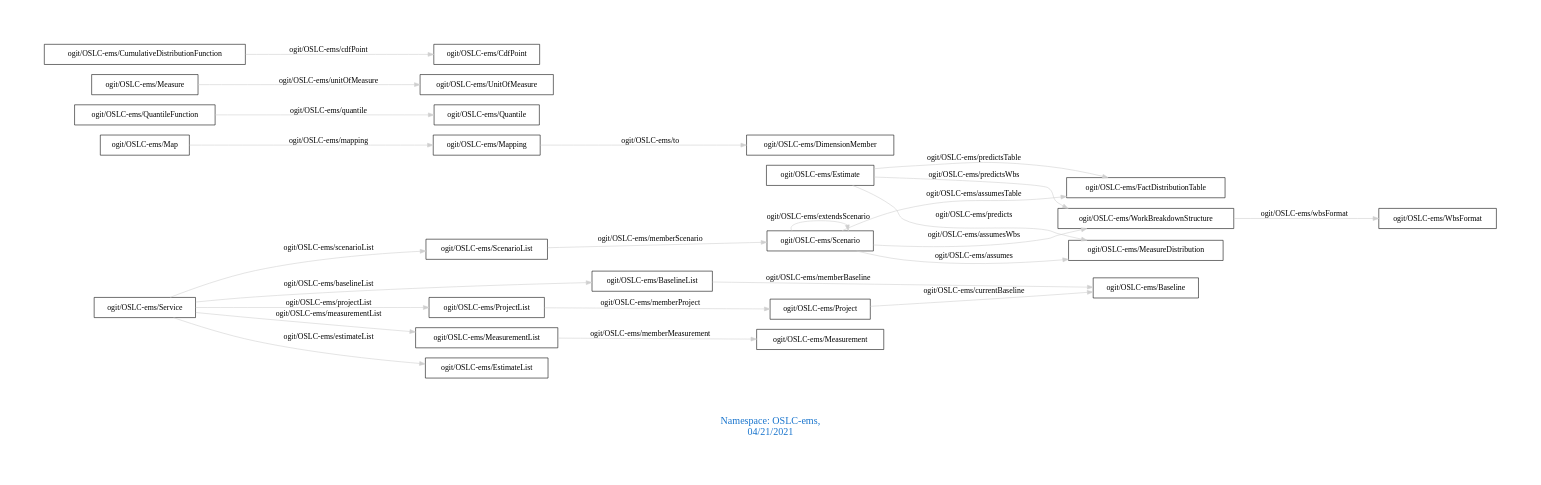
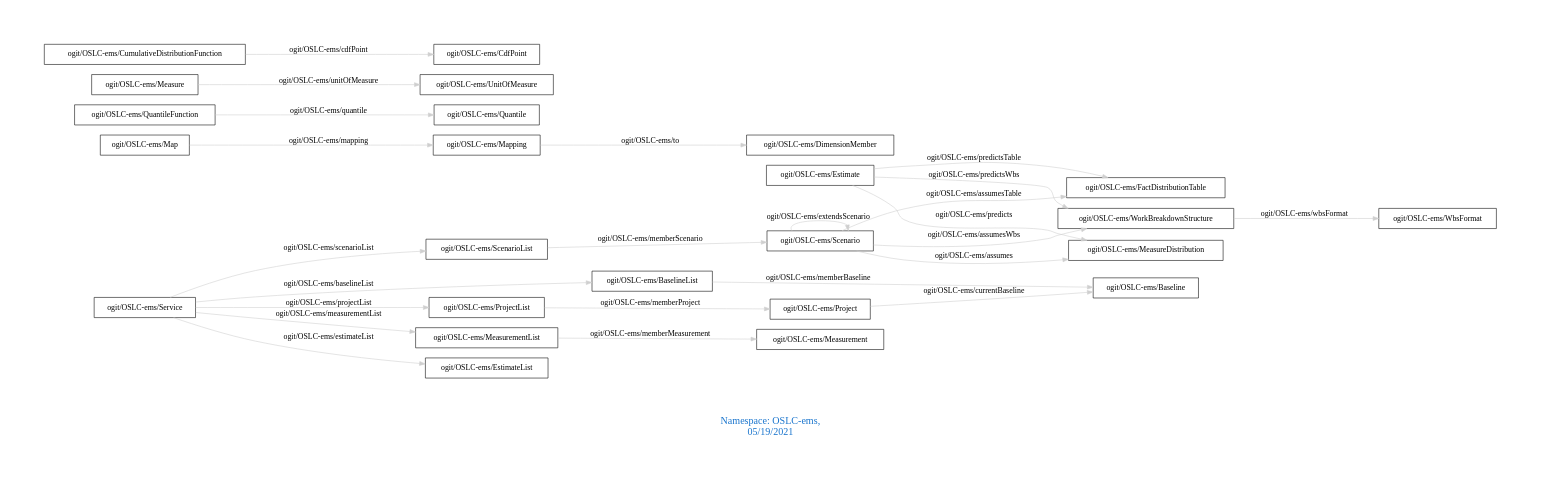
The diagram in downloads/OSLC-ems.dot (arago/OGIT), drawn with Graphviz before and after one commit. The commit also changed 1878 other files, not shown here.

```diff
--- a/downloads/OSLC-ems.dot
+++ b/downloads/OSLC-ems.dot
@@ -1,31 +1,31 @@
 digraph OGIT_ontology {
  graph [ rankdir= LR,pad=1 
 fontsize = 18,
-fontcolor= dodgerblue3,label = "\n\n\nNamespace: OSLC-ems, \n 04/21/2021"];
+fontcolor= dodgerblue3,label = "\n\n\nNamespace: OSLC-ems, \n 05/19/2021"];
 node[shape=polygon];
 edge [  color="gray81"];
 
    "ogit/OSLC-ems/Estimate" -> "ogit/OSLC-ems/MeasureDistribution" [label="   ogit/OSLC-ems/predicts    "];
    "ogit/OSLC-ems/Mapping" -> "ogit/OSLC-ems/DimensionMember" [label="   ogit/OSLC-ems/to    "];
    "ogit/OSLC-ems/Service" -> "ogit/OSLC-ems/ProjectList" [label="   ogit/OSLC-ems/projectList    "];
    "ogit/OSLC-ems/QuantileFunction" -> "ogit/OSLC-ems/Quantile" [label="   ogit/OSLC-ems/quantile    "];
    "ogit/OSLC-ems/Service" -> "ogit/OSLC-ems/ScenarioList" [label="   ogit/OSLC-ems/scenarioList    "];
    "ogit/OSLC-ems/Measure" -> "ogit/OSLC-ems/UnitOfMeasure" [label="   ogit/OSLC-ems/unitOfMeasure    "];
    "ogit/OSLC-ems/ScenarioList" -> "ogit/OSLC-ems/Scenario" [label="   ogit/OSLC-ems/memberScenario    "];
    "ogit/OSLC-ems/Estimate" -> "ogit/OSLC-ems/FactDistributionTable" [label="   ogit/OSLC-ems/predictsTable    "];
    "ogit/OSLC-ems/BaselineList" -> "ogit/OSLC-ems/Baseline" [label="   ogit/OSLC-ems/memberBaseline    "];
    "ogit/OSLC-ems/Scenario" -> "ogit/OSLC-ems/WorkBreakdownStructure" [label="   ogit/OSLC-ems/assumesWbs    "];
    "ogit/OSLC-ems/CumulativeDistributionFunction" -> "ogit/OSLC-ems/CdfPoint" [label="   ogit/OSLC-ems/cdfPoint    "];
    "ogit/OSLC-ems/Project" -> "ogit/OSLC-ems/Baseline" [label="   ogit/OSLC-ems/currentBaseline    "];
    "ogit/OSLC-ems/ProjectList" -> "ogit/OSLC-ems/Project" [label="   ogit/OSLC-ems/memberProject    "];
    "ogit/OSLC-ems/Service" -> "ogit/OSLC-ems/BaselineList" [label="   ogit/OSLC-ems/baselineList    "];
    "ogit/OSLC-ems/Estimate" -> "ogit/OSLC-ems/WorkBreakdownStructure" [label="   ogit/OSLC-ems/predictsWbs    "];
    "ogit/OSLC-ems/Map" -> "ogit/OSLC-ems/Mapping" [label="   ogit/OSLC-ems/mapping    "];
    "ogit/OSLC-ems/MeasurementList" -> "ogit/OSLC-ems/Measurement" [label="   ogit/OSLC-ems/memberMeasurement    "];
    "ogit/OSLC-ems/Service" -> "ogit/OSLC-ems/MeasurementList" [label="   ogit/OSLC-ems/measurementList    "];
    "ogit/OSLC-ems/WorkBreakdownStructure" -> "ogit/OSLC-ems/WbsFormat" [label="   ogit/OSLC-ems/wbsFormat    "];
    "ogit/OSLC-ems/Service" -> "ogit/OSLC-ems/EstimateList" [label="   ogit/OSLC-ems/estimateList    "];
    "ogit/OSLC-ems/Scenario" -> "ogit/OSLC-ems/MeasureDistribution" [label="   ogit/OSLC-ems/assumes    "];
    "ogit/OSLC-ems/Scenario" -> "ogit/OSLC-ems/FactDistributionTable" [label="   ogit/OSLC-ems/assumesTable    "];
    "ogit/OSLC-ems/Scenario" -> "ogit/OSLC-ems/Scenario" [label="   ogit/OSLC-ems/extendsScenario    "];
 }
```
